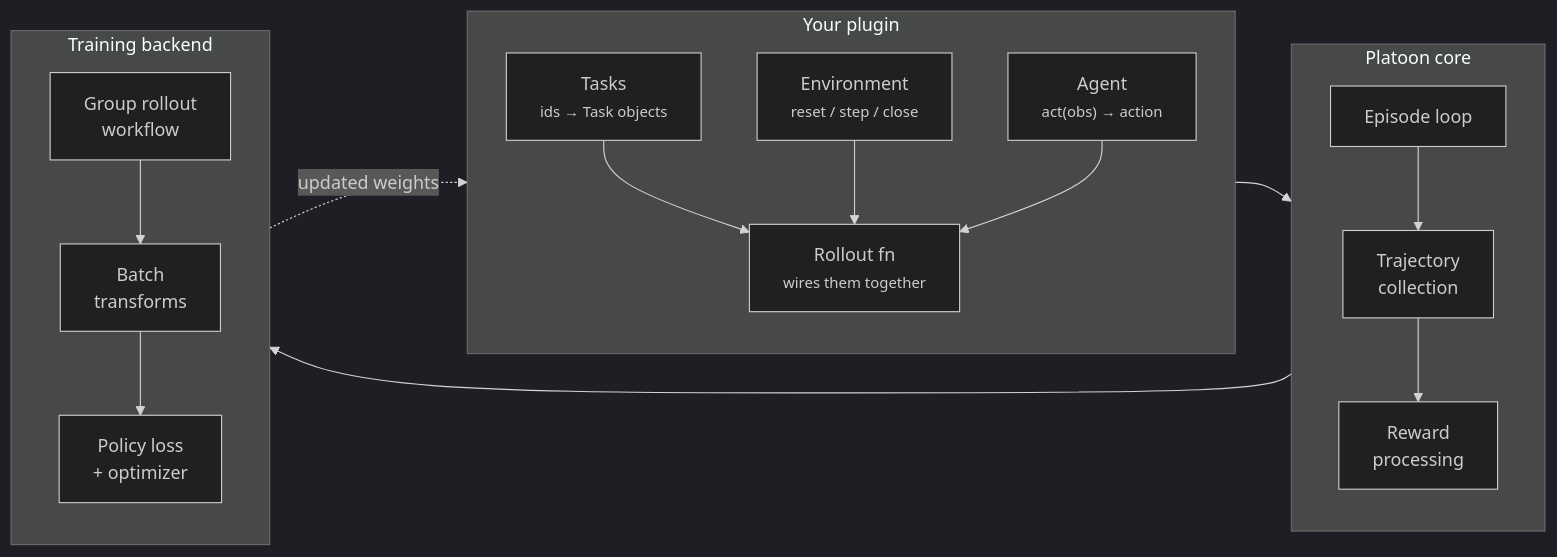
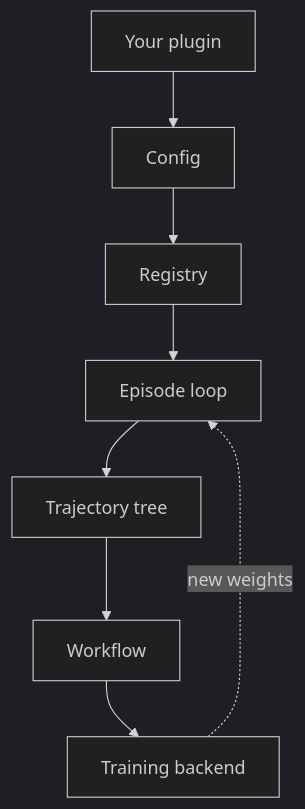
One commit to ApGa/platoon changed the diagram in docs/index.md. Above: the diagram before and after it, drawn with Mermaid (dark theme). The commit also changed other lines of this file and 77 other files, not shown here.

````diff
--- a/docs/index.md
+++ b/docs/index.md
@@ -109,30 +94,10 @@
 ```mermaid
-flowchart LR
-  subgraph You["Your plugin"]
-    direction TB
-    T["Tasks<br/><small>ids &rarr; Task objects</small>"]
-    E["Environment<br/><small>reset / step / close</small>"]
-    A["Agent<br/><small>act(obs) &rarr; action</small>"]
-    R["Rollout fn<br/><small>wires them together</small>"]
-  end
-
-  subgraph Core["Platoon core"]
-    direction TB
-    L["Episode loop"]
-    TR["Trajectory<br/>collection"]
-    RP["Reward<br/>processing"]
-  end
-
-  subgraph Train["Training backend"]
-    direction TB
-    W["Group rollout<br/>workflow"]
-    B["Batch<br/>transforms"]
-    O["Policy loss<br/>+ optimizer"]
-  end
-
-  T --> R
-  E --> R
-  A --> R
-  R --> L --> TR --> RP --> W --> B --> O
-  O -.->|updated weights| A
+flowchart TB
+  P["Your plugin"] --> C["Config"]
+  C --> R["Registry"]
+  R --> L["Episode loop"]
+  L --> T["Trajectory tree"]
+  T --> W["Workflow"]
+  W --> B["Training backend"]
+  B -.->|"new weights"| L
 ```
````
